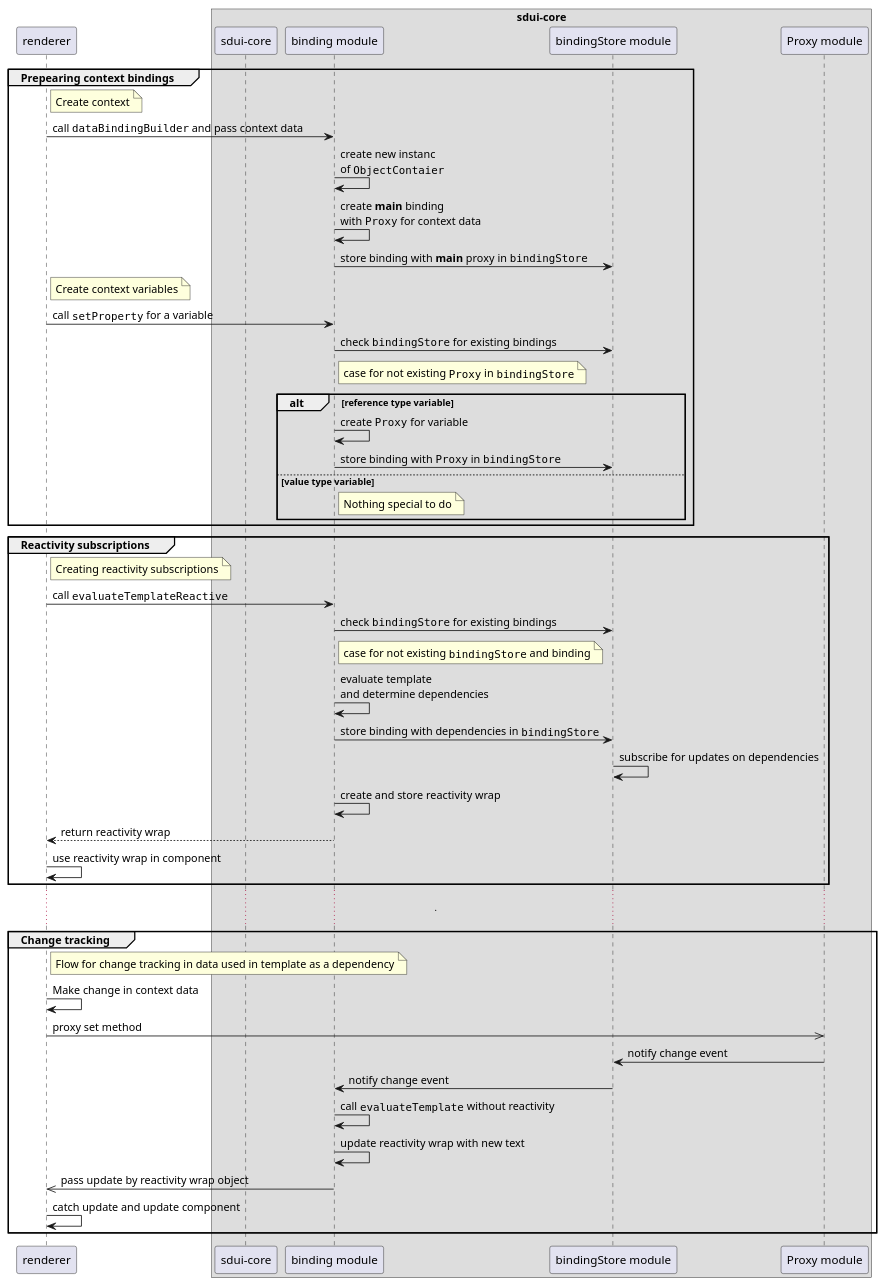
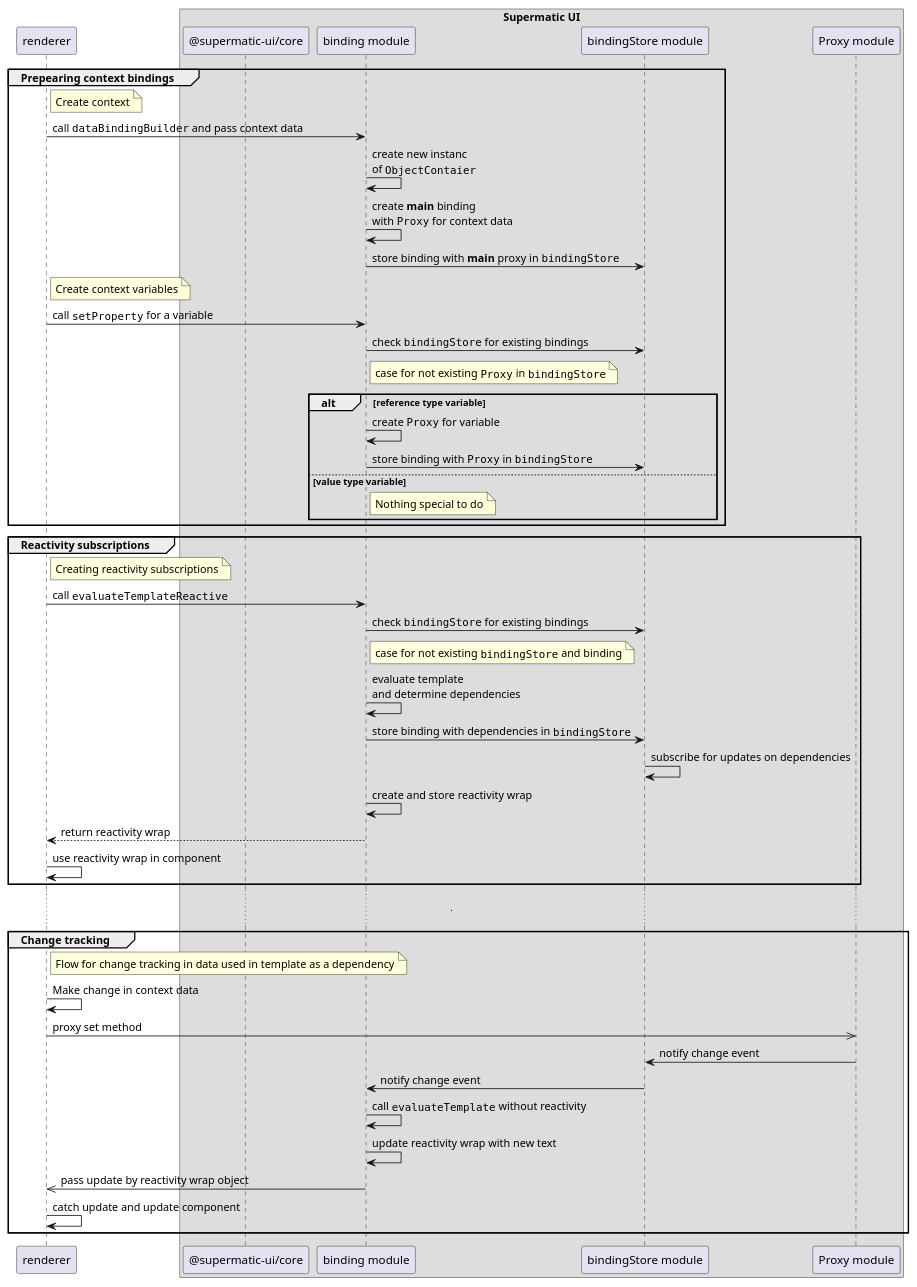
The diagram in docs/reactivity.plantuml (Supermatic-UI/Supermatic-UI), drawn with PlantUML before and after one commit. The commit also changed 18 other files, not shown here.

```diff
--- a/docs/reactivity.plantuml
+++ b/docs/reactivity.plantuml
@@ -1,74 +1,74 @@
 @startuml
 
 participant renderer
 
-box sdui-core
-    participant core as "sdui-core"
+box Supermatic UI
+    participant core as "@supermatic-ui/core"
     participant binding as "binding module"
     participant bindingStore as "bindingStore module"
     participant proxy as "Proxy module"
 end box
 
 group Prepearing context bindings
     note right of renderer
         Create context
     end note
 
     renderer -> binding : call ""dataBindingBuilder"" and pass context data
     binding -> binding : create new instanc \nof ""ObjectContaier""
     binding -> binding : create **main** binding \nwith ""Proxy"" for context data
     binding -> bindingStore : store binding with **main** proxy in ""bindingStore""
 
     note right of renderer
         Create context variables
     end note
 
     renderer -> binding : call ""setProperty"" for a variable
     binding -> bindingStore : check ""bindingStore"" for existing bindings
     note right of binding : case for not existing ""Proxy"" in ""bindingStore""
     alt reference type variable
         binding -> binding : create ""Proxy"" for variable
         binding -> bindingStore : store binding with ""Proxy"" in ""bindingStore""
     else value type variable
         note right of binding : Nothing special to do
     end
 
 end
 
 group Reactivity subscriptions
 
     note right of renderer
         Creating reactivity subscriptions
     end note
     renderer -> binding : call ""evaluateTemplateReactive""
     binding -> bindingStore : check ""bindingStore"" for existing bindings
     note right of binding : case for not existing ""bindingStore"" and binding
     binding -> binding : evaluate template \nand determine dependencies
     binding -> bindingStore : store binding with dependencies in ""bindingStore""
     bindingStore -> bindingStore : subscribe for updates on dependencies
     binding -> binding : create and store reactivity wrap
     binding --> renderer : return reactivity wrap
     renderer -> renderer : use reactivity wrap in component
 
 end
 
 .......
 
 
 group Change tracking
     note right of renderer
         Flow for change tracking in data used in template as a dependency
     end note
 
     renderer -> renderer : Make change in context data
     renderer ->> proxy : proxy set method
     proxy -> bindingStore: notify change event
     bindingStore -> binding : notify change event
     binding -> binding : call ""evaluateTemplate"" without reactivity
     binding -> binding : update reactivity wrap with new text
     binding ->> renderer:  pass update by reactivity wrap object
     renderer -> renderer : catch update and update component
 end
 
 
 @enduml
```
